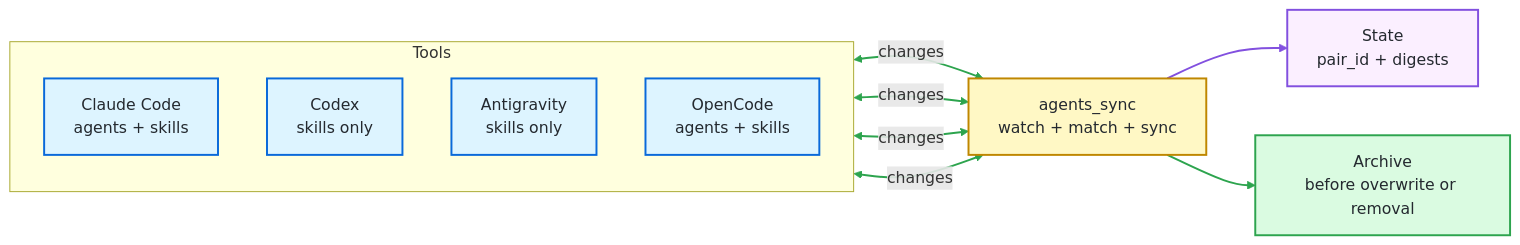
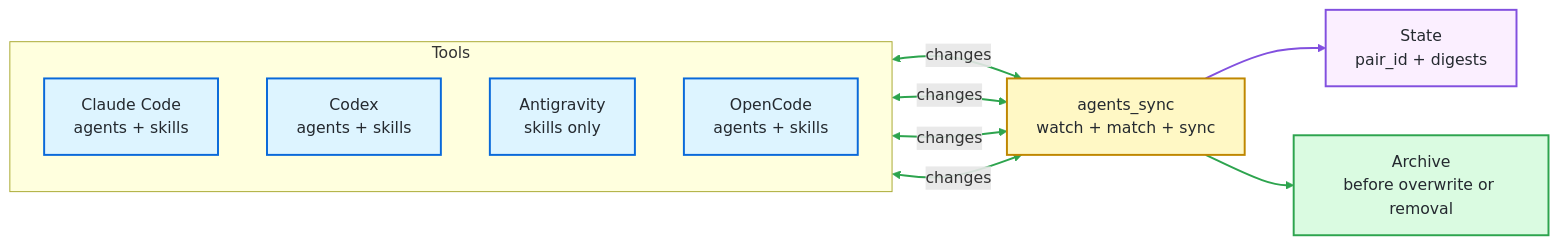
Before and after one commit to cognitivesand/agents_sync: the diagram in README.md, drawn with Mermaid. The commit also changed other lines of this file and 1 other file, not shown here.

Commit message:
Fix Codex agent support docs

````diff
--- a/README.md
+++ b/README.md
@@ -61,35 +61,35 @@
 ```mermaid
 flowchart LR
     subgraph Tools["Tools"]
         direction TB
         Claude["Claude Code<br/>agents + skills"]
-        Codex["Codex<br/>skills only"]
+        Codex["Codex<br/>agents + skills"]
         Antigravity["Antigravity<br/>skills only"]
         Opencode["OpenCode<br/>agents + skills"]
     end
 
     Sync["agents_sync<br/>watch + match + sync"]
     State["State<br/>pair_id + digests"]
     Archive["Archive<br/>before overwrite or removal"]
 
     Claude <-->|changes| Sync
     Codex <-->|changes| Sync
     Antigravity <-->|changes| Sync
     Opencode <-->|changes| Sync
     Sync --> State
     Sync --> Archive
 
     classDef side fill:#ddf4ff,stroke:#0969da,stroke-width:2px,color:#24292f
     classDef sync fill:#fff8c5,stroke:#bf8700,stroke-width:2px,color:#24292f
     classDef state fill:#fbefff,stroke:#8250df,stroke-width:2px,color:#24292f
     classDef archive fill:#dafbe1,stroke:#2da44e,stroke-width:2px,color:#24292f
 
     class Claude,Codex,Antigravity,Opencode side
     class Sync sync
     class State state
     class Archive archive
 
     linkStyle 0,1,2,3 stroke:#2da44e,stroke-width:2px
     linkStyle 4 stroke:#8250df,stroke-width:2px
     linkStyle 5 stroke:#2da44e,stroke-width:2px
 ```
````
